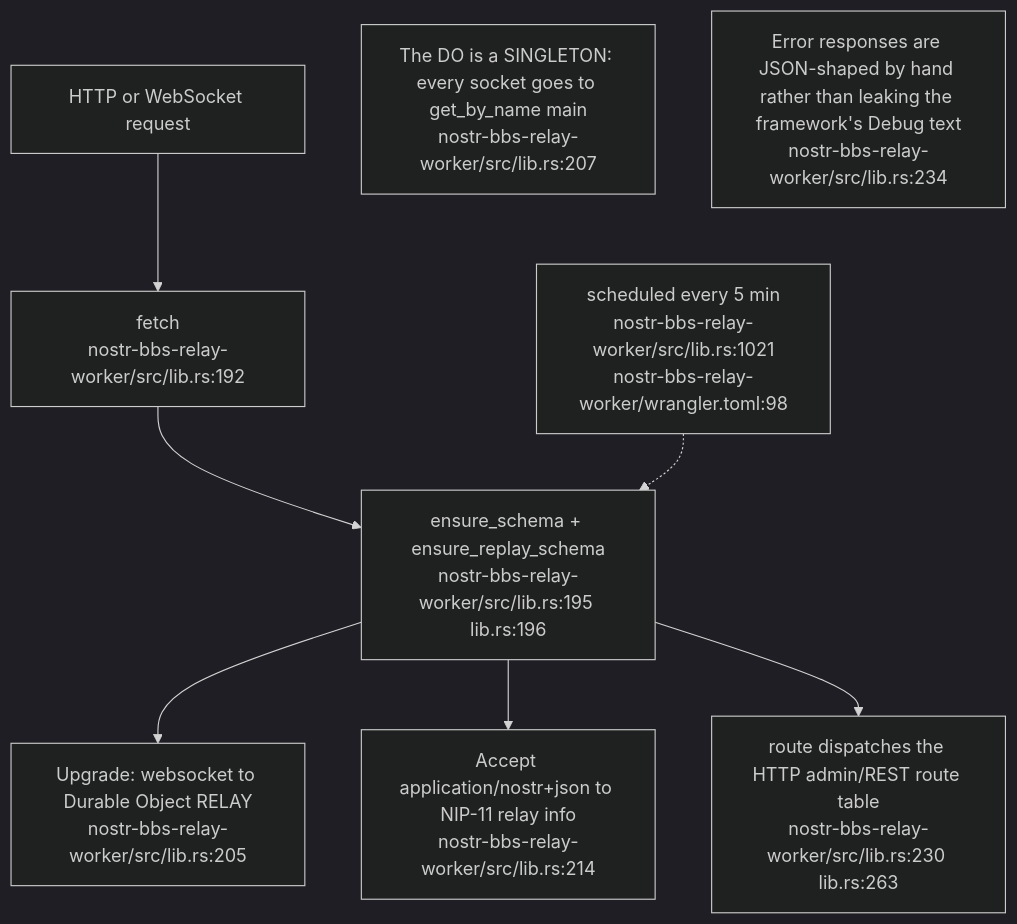
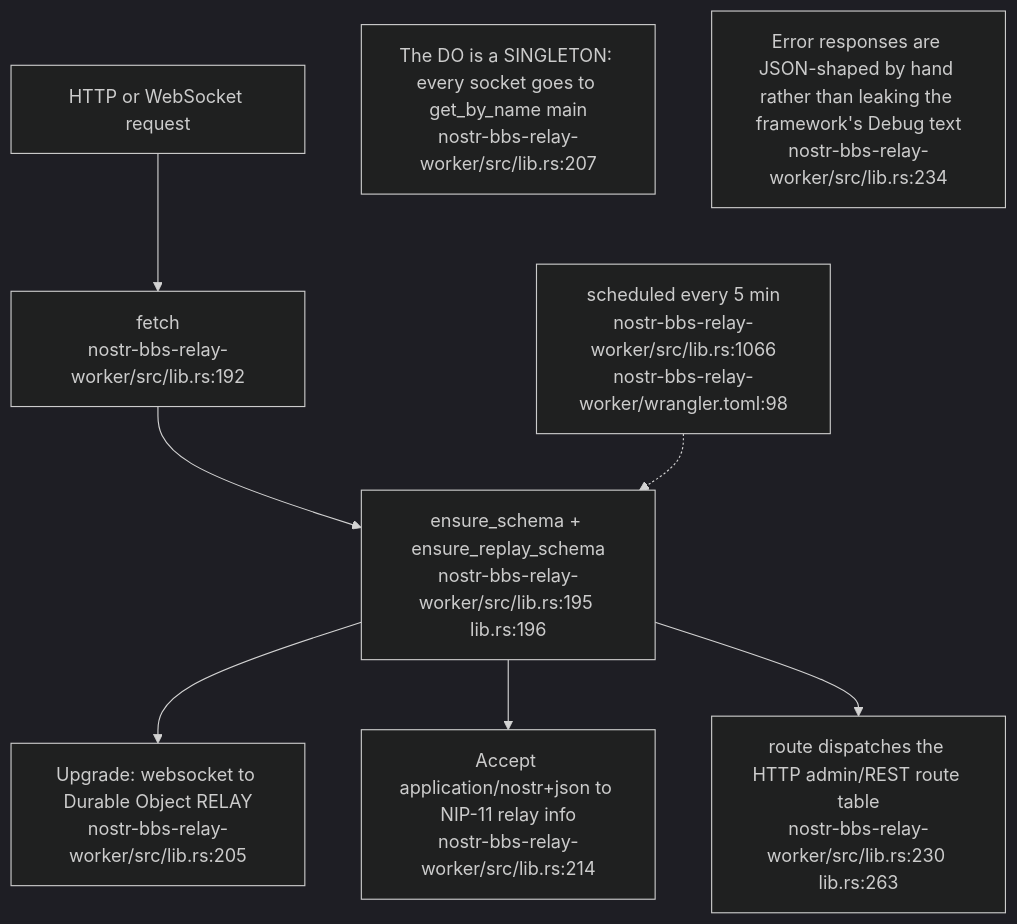
One commit to DreamLab-AI/VisionFlow changed the first of 14 diagrams in docs/diagrams/nostr-rust-forum/03-relay-worker-admission-auth-and-trust.md. Above: the diagram before and after it, drawn with Mermaid (dark theme). The commit also changed other lines of this file and 26 other files, not shown here.

First line of the commit message:
docs(diagrams): re-verify solid-pod-rs, nostr-rust-forum and visionclaw 22/36 against HEAD

````diff
--- a/docs/diagrams/nostr-rust-forum/03-relay-worker-admission-auth-and-trust.md
+++ b/docs/diagrams/nostr-rust-forum/03-relay-worker-admission-auth-and-trust.md
@@ -24,19 +26,19 @@
 ```mermaid
 flowchart TB
     REQ["HTTP or WebSocket request"]
     F["fetch<br/>nostr-bbs-relay-worker/src/lib.rs:192"]
     BOOT["ensure_schema + ensure_replay_schema<br/>nostr-bbs-relay-worker/src/lib.rs:195 lib.rs:196"]
     WS["Upgrade: websocket to Durable Object RELAY<br/>nostr-bbs-relay-worker/src/lib.rs:205"]
     N11["Accept application/nostr+json to NIP-11 relay info<br/>nostr-bbs-relay-worker/src/lib.rs:214"]
     RT["route dispatches the HTTP admin/REST route table<br/>nostr-bbs-relay-worker/src/lib.rs:230 lib.rs:263"]
-    CRON["scheduled every 5 min<br/>nostr-bbs-relay-worker/src/lib.rs:1021<br/>nostr-bbs-relay-worker/wrangler.toml:98"]
+    CRON["scheduled every 5 min<br/>nostr-bbs-relay-worker/src/lib.rs:1066<br/>nostr-bbs-relay-worker/wrangler.toml:98"]
 
     REQ --> F --> BOOT
     BOOT --> WS
     BOOT --> N11
     BOOT --> RT
     CRON -.-> BOOT
 
     N1["The DO is a SINGLETON: every socket goes to get_by_name main<br/>nostr-bbs-relay-worker/src/lib.rs:207"]
     N2["Error responses are JSON-shaped by hand rather than leaking the framework's Debug text<br/>nostr-bbs-relay-worker/src/lib.rs:234"]
 ```
````
